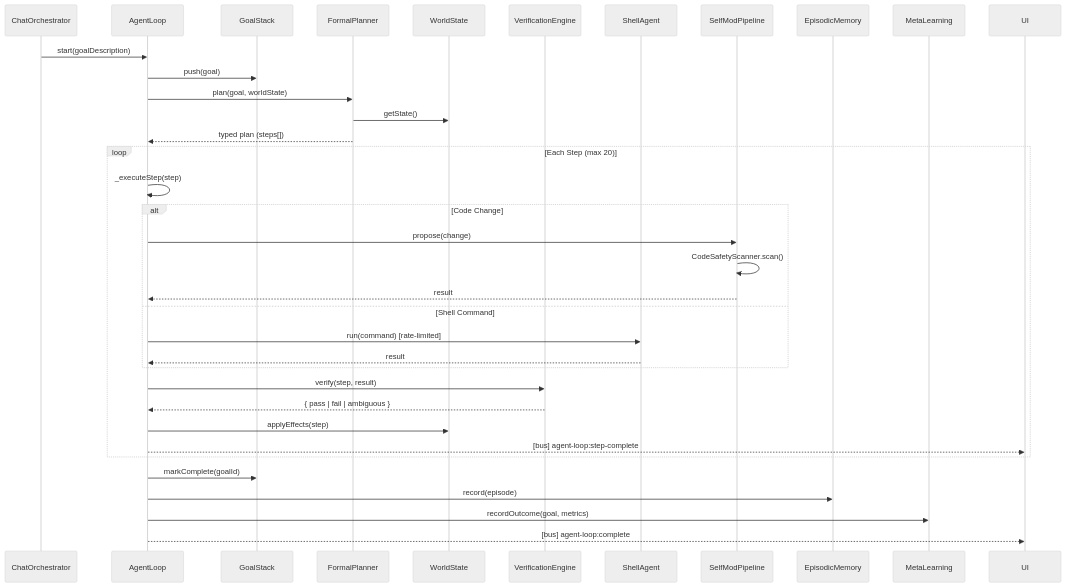
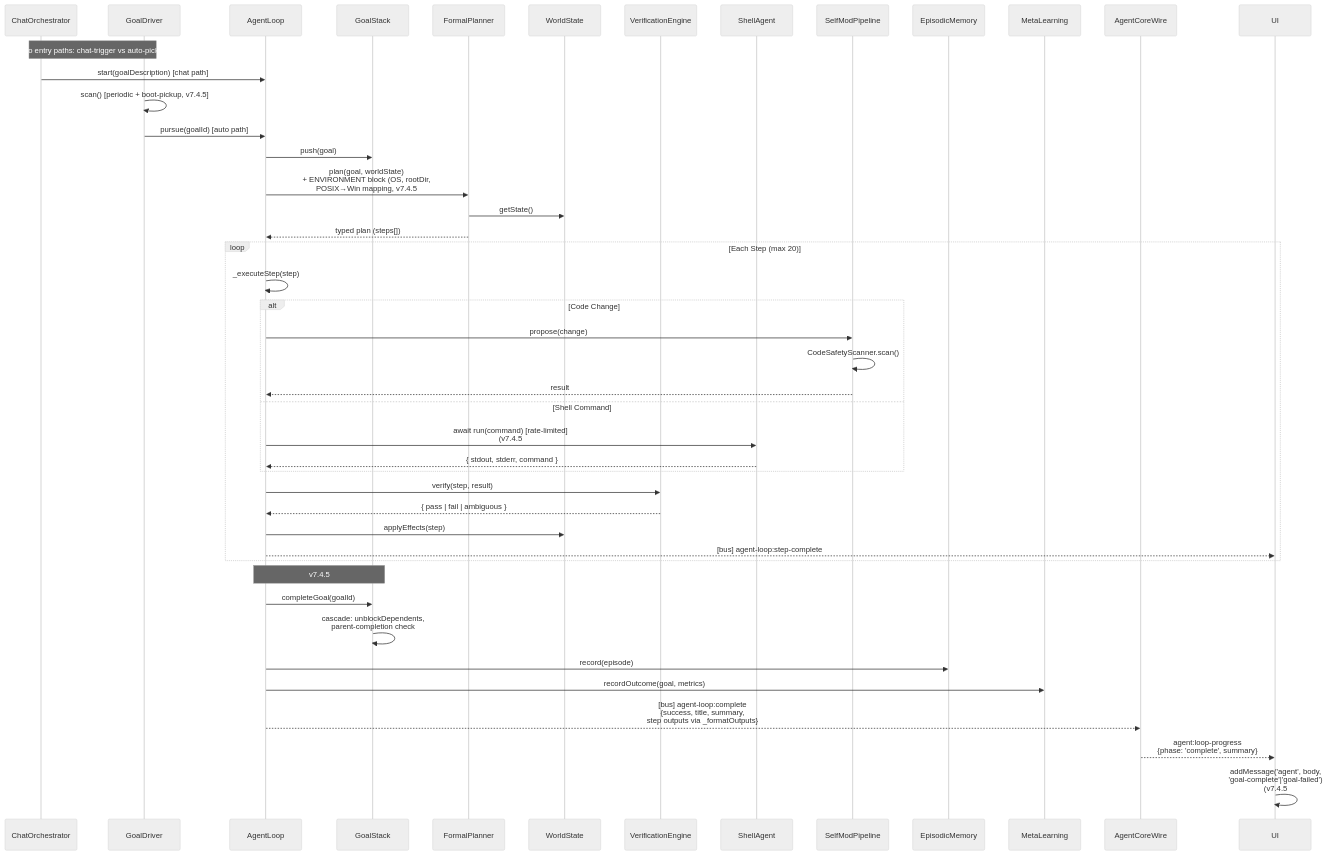
The third of 8 diagrams in docs/EVENT-FLOW.md (Garrus800-stack/genesis-agent), drawn with Mermaid (neutral theme) before and after one commit. The commit also changed other lines of this file and 7 other files, not shown here.

````diff
--- a/docs/EVENT-FLOW.md
+++ b/docs/EVENT-FLOW.md
@@ -219,41 +219,51 @@
 ```mermaid
 sequenceDiagram
     participant CO as ChatOrchestrator
+    participant GD as GoalDriver
     participant AL as AgentLoop
     participant GS as GoalStack
     participant FP as FormalPlanner
     participant WS as WorldState
     participant VE as VerificationEngine
     participant SH as ShellAgent
     participant SM as SelfModPipeline
     participant EM as EpisodicMemory
     participant ML as MetaLearning
+    participant ACW as AgentCoreWire
     participant UI as UI
 
-    CO->>AL: start(goalDescription)
+    Note over CO,GD: Two entry paths: chat-trigger vs auto-pickup
+    CO->>AL: start(goalDescription) [chat path]
+    GD->>GD: scan() [periodic + boot-pickup, v7.4.5]
+    GD->>AL: pursue(goalId) [auto path]
+
     AL->>GS: push(goal)
-    AL->>FP: plan(goal, worldState)
+    AL->>FP: plan(goal, worldState)<br/>+ ENVIRONMENT block (OS, rootDir,<br/>POSIX→Win mapping, v7.4.5 #27)
     FP->>WS: getState()
     FP-->>AL: typed plan (steps[])
 
     loop Each Step (max 20)
         AL->>AL: _executeStep(step)
         alt Code Change
             AL->>SM: propose(change)
             SM->>SM: CodeSafetyScanner.scan()
             SM-->>AL: result
         else Shell Command
-            AL->>SH: run(command) [rate-limited]
-            SH-->>AL: result
+            AL->>SH: await run(command) [rate-limited]<br/>(v7.4.5 #26: missing await fixed)
+            SH-->>AL: { stdout, stderr, command }
         end
         AL->>VE: verify(step, result)
         VE-->>AL: { pass | fail | ambiguous }
         AL->>WS: applyEffects(step)
         AL-->>UI: [bus] agent-loop:step-complete
     end
 
-    AL->>GS: markComplete(goalId)
+    Note over AL,GS: v7.4.5 #22: AgentLoop now calls<br/>GoalStack.completeGoal explicitly
+    AL->>GS: completeGoal(goalId)
+    GS->>GS: cascade: unblockDependents,<br/>parent-completion check
     AL->>EM: record(episode)
     AL->>ML: recordOutcome(goal, metrics)
-    AL-->>UI: [bus] agent-loop:complete
+    AL-->>ACW: [bus] agent-loop:complete<br/>{success, title, summary,<br/>step outputs via _formatOutputs}
+    ACW-->>UI: agent:loop-progress<br/>{phase: 'complete', summary}
+    UI->>UI: addMessage('agent', body,<br/>'goal-complete'|'goal-failed')<br/>(v7.4.5 #23 — chat sees result)
 ```
````
